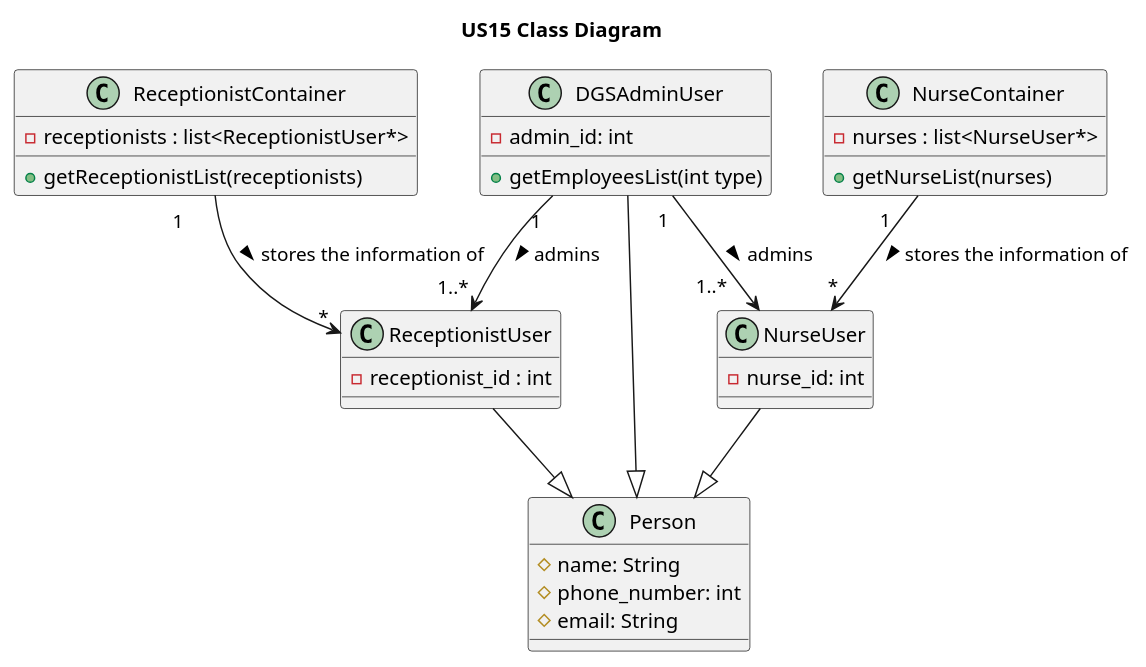
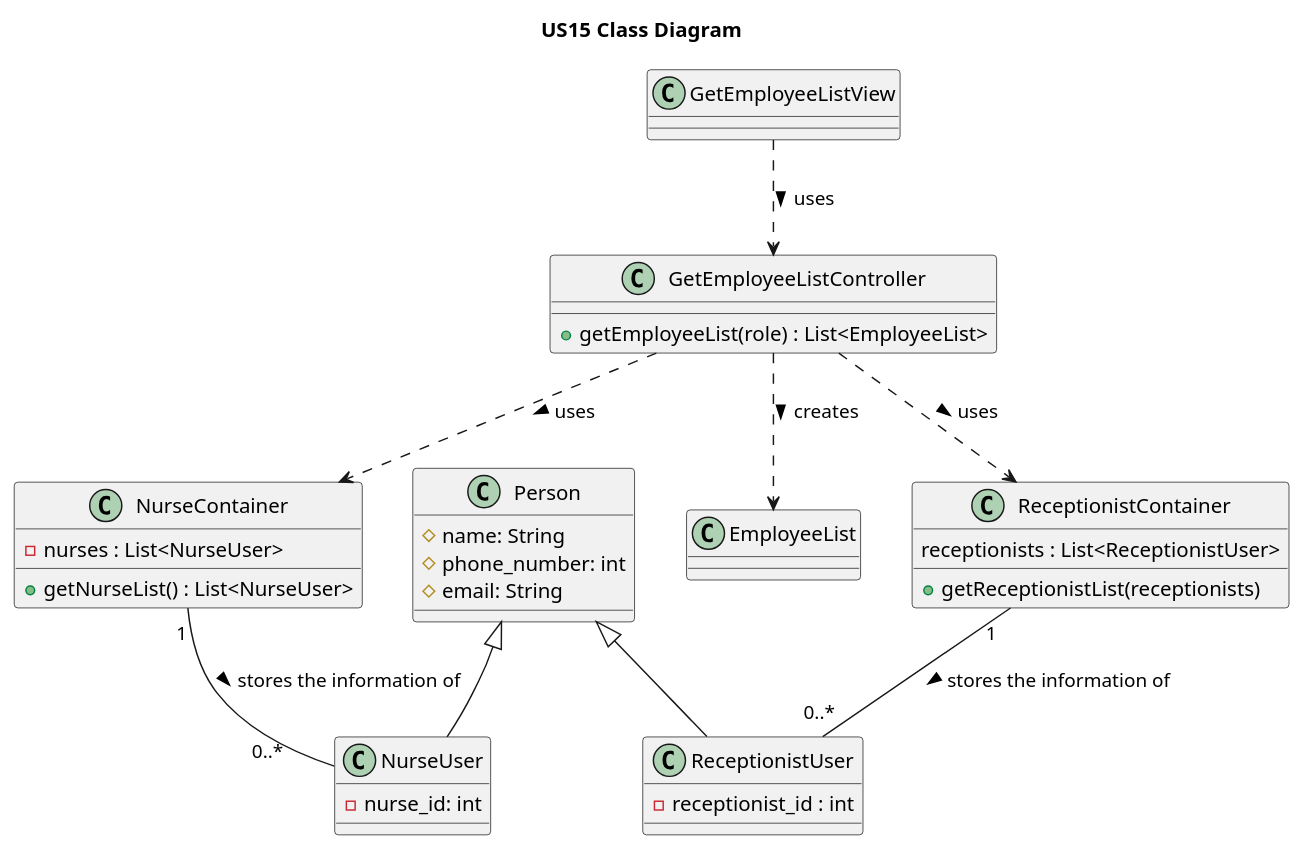
The diagram in docs/system-documentation/US15/puml/US15-CD.puml (pedroguilherme-web/leti-esoft-25-26-A1), drawn with PlantUML before and after one commit. The commit also changed 5 other files, not shown here.

```diff
--- a/docs/system-documentation/US15/puml/US15-CD.puml
+++ b/docs/system-documentation/US15/puml/US15-CD.puml
@@ -1,45 +1,46 @@
 @startuml
 'https://plantuml.com/class-diagram
 
 title US15 Class Diagram
 
-class DGSAdminUser {
-    - admin_id: int
-    + getEmployeesList(int type)
+class GetEmployeeListView {
+}
+
+class GetEmployeeListController {
+  + getEmployeeList(role) : List<EmployeeList>
 }
 
 class NurseContainer {
-    - nurses : list<NurseUser*>
-    + getNurseList(nurses)
+ - nurses : List<NurseUser>
+ + getNurseList() : List<NurseUser>
 }
 
 class ReceptionistContainer {
-    - receptionists : list<ReceptionistUser*>
-    + getReceptionistList(receptionists)
+ receptionists : List<ReceptionistUser>
+ + getReceptionistList(receptionists)
 }
 
 class Person {
-    # name: String
-    # phone_number: int
-    # email: String
+  # name: String
+  # phone_number: int
+  # email: String
+}
+
+class ReceptionistUser {
+  - receptionist_id : int
 }
 
 class NurseUser {
-    - nurse_id: int
+  - nurse_id: int
 }
 
-class ReceptionistUser {
-    - receptionist_id : int
-
-}
-
-NurseUser --|> Person
-ReceptionistUser --|> Person
-DGSAdminUser --|> Person
-DGSAdminUser "1  " --> "1..*    " NurseUser : admins >
-DGSAdminUser "1" --> "1..* " ReceptionistUser : admins >
-NurseContainer "1    " --> "*" NurseUser : stores the information of >
-ReceptionistContainer "1      " --> "*" ReceptionistUser : stores the information of >
-
+GetEmployeeListView ..> GetEmployeeListController : "uses >"
+GetEmployeeListController ..> NurseContainer : "uses >"
+GetEmployeeListController ..> ReceptionistContainer : "uses >"
+GetEmployeeListController ..> EmployeeList : "creates >"
+NurseContainer "    1" -- "0..*        " NurseUser : "stores the information of >"
+ReceptionistContainer "1" -- "0..*" ReceptionistUser : "stores the information of >"
+Person <|-- ReceptionistUser
+Person <|-- NurseUser
 
 @enduml
```
